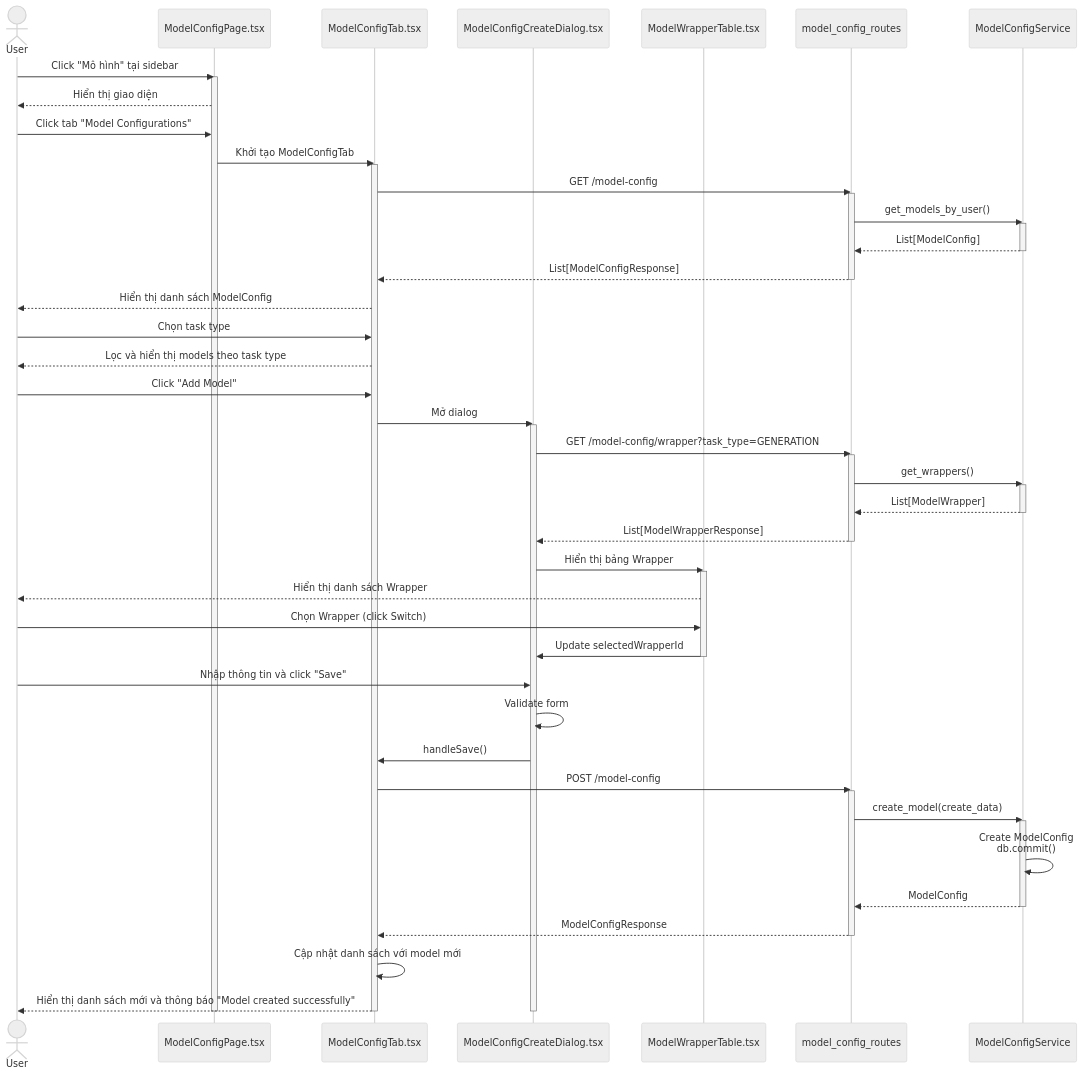
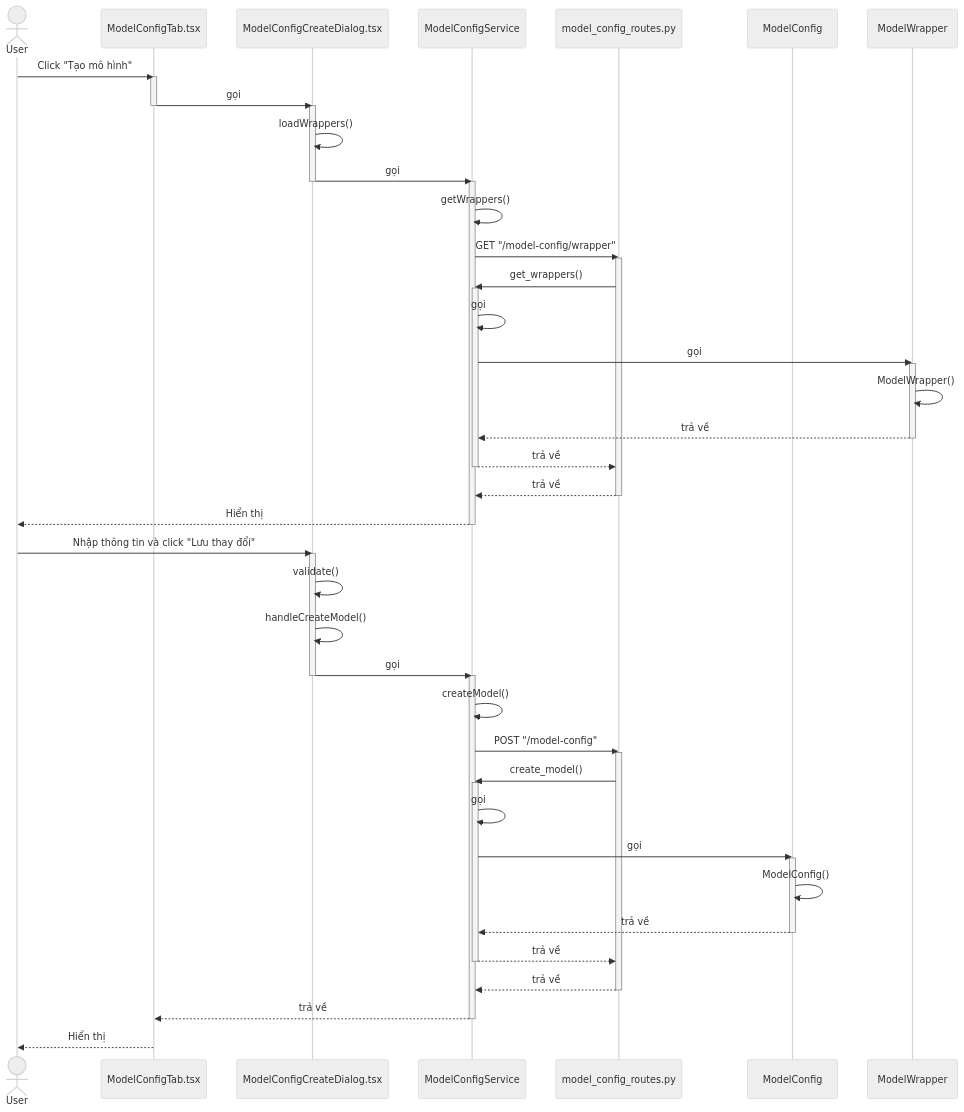
The second of 9 diagrams in model_config/4_model_config_seq.md (mduc-2610/gp_doc), drawn with Mermaid (neutral theme) before and after one commit. The commit also changed other lines of this file and 34 other files, not shown here.

````diff
--- a/model_config/4_model_config_seq.md
+++ b/model_config/4_model_config_seq.md
@@ -43,76 +53,82 @@
 ```mermaid
 sequenceDiagram
     actor User
-    participant ModelConfigPage as ModelConfigPage.tsx
     participant ModelConfigTab as ModelConfigTab.tsx
     participant ModelConfigCreateDialog as ModelConfigCreateDialog.tsx
-    participant ModelWrapperTable as ModelWrapperTable.tsx
-    participant ModelConfigRoutes as model_config_routes
     participant ModelConfigService as ModelConfigService
+    participant ModelConfigRoutes as model_config_routes.py
+    participant ModelConfigService as ModelConfigService
+    participant ModelConfig as ModelConfig
+    participant ModelWrapper as ModelWrapper
 
-    User->>ModelConfigPage: Click "Mô hình" tại sidebar
-    activate ModelConfigPage
-    ModelConfigPage-->>User: Hiển thị giao diện
-    
-    User->>ModelConfigPage: Click tab "Model Configurations"
-    ModelConfigPage->>ModelConfigTab: Khởi tạo ModelConfigTab
+    User->>ModelConfigTab: Click "Tạo mô hình"
     activate ModelConfigTab
     
-    ModelConfigTab->>ModelConfigRoutes: GET /model-config
+    ModelConfigTab->>ModelConfigCreateDialog: gọi
+    deactivate ModelConfigTab
+    activate ModelConfigCreateDialog
+    
+    ModelConfigCreateDialog->>ModelConfigCreateDialog: loadWrappers()
+    ModelConfigCreateDialog->>ModelConfigService: gọi
+    deactivate ModelConfigCreateDialog
+    activate ModelConfigService
+    
+    ModelConfigService->>ModelConfigService: getWrappers()
+    ModelConfigService->>ModelConfigRoutes: GET "/model-config/wrapper"
     activate ModelConfigRoutes
-    ModelConfigRoutes->>ModelConfigService: get_models_by_user()
+    
+    ModelConfigRoutes->>ModelConfigService: get_wrappers()
     activate ModelConfigService
-    ModelConfigService-->>ModelConfigRoutes: List[ModelConfig]
+    
+    ModelConfigService->>ModelConfigService: gọi
+    ModelConfigService->>ModelWrapper: gọi
+    activate ModelWrapper
+    
+    ModelWrapper->>ModelWrapper: ModelWrapper()
+    ModelWrapper-->>ModelConfigService: trả về
+    deactivate ModelWrapper
+    
+    ModelConfigService-->>ModelConfigRoutes: trả về
     deactivate ModelConfigService
-    ModelConfigRoutes-->>ModelConfigTab: List[ModelConfigResponse]
+    
+    ModelConfigRoutes-->>ModelConfigService: trả về
     deactivate ModelConfigRoutes
     
-    ModelConfigTab-->>User: Hiển thị danh sách ModelConfig
+    ModelConfigService-->>User: Hiển thị
+    deactivate ModelConfigService
     
-    User->>ModelConfigTab: Chọn task type
-    ModelConfigTab-->>User: Lọc và hiển thị models theo task type
-    
-    User->>ModelConfigTab: Click "Add Model"
-    ModelConfigTab->>ModelConfigCreateDialog: Mở dialog
+    User->>ModelConfigCreateDialog: Nhập thông tin và click "Lưu thay đổi"
     activate ModelConfigCreateDialog
     
-    ModelConfigCreateDialog->>ModelConfigRoutes: GET /model-config/wrapper?task_type=GENERATION
+    ModelConfigCreateDialog->>ModelConfigCreateDialog: validate()
+    ModelConfigCreateDialog->>ModelConfigCreateDialog: handleCreateModel()
+    ModelConfigCreateDialog->>ModelConfigService: gọi
+    deactivate ModelConfigCreateDialog
+    activate ModelConfigService
+    
+    ModelConfigService->>ModelConfigService: createModel()
+    ModelConfigService->>ModelConfigRoutes: POST "/model-config"
     activate ModelConfigRoutes
-    ModelConfigRoutes->>ModelConfigService: get_wrappers()
+    
+    ModelConfigRoutes->>ModelConfigService: create_model()
     activate ModelConfigService
-    ModelConfigService-->>ModelConfigRoutes: List[ModelWrapper]
+    
+    ModelConfigService->>ModelConfigService: gọi
+    ModelConfigService->>ModelConfig: gọi
+    activate ModelConfig
+    
+    ModelConfig->>ModelConfig: ModelConfig()
+    ModelConfig-->>ModelConfigService: trả về
+    deactivate ModelConfig
+    
+    ModelConfigService-->>ModelConfigRoutes: trả về
     deactivate ModelConfigService
-    ModelConfigRoutes-->>ModelConfigCreateDialog: List[ModelWrapperResponse]
+    
+    ModelConfigRoutes-->>ModelConfigService: trả về
     deactivate ModelConfigRoutes
     
-    ModelConfigCreateDialog->>ModelWrapperTable: Hiển thị bảng Wrapper
-    activate ModelWrapperTable
-    ModelWrapperTable-->>User: Hiển thị danh sách Wrapper
+    ModelConfigService-->>ModelConfigTab: trả về
+    deactivate ModelConfigService
     
-    User->>ModelWrapperTable: Chọn Wrapper (click Switch)
-    ModelWrapperTable->>ModelConfigCreateDialog: Update selectedWrapperId
-    deactivate ModelWrapperTable
-    
-    User->>ModelConfigCreateDialog: Nhập thông tin và click "Save"
-    ModelConfigCreateDialog->>ModelConfigCreateDialog: Validate form
-    ModelConfigCreateDialog->>ModelConfigTab: handleSave()
-    
-    ModelConfigTab->>ModelConfigRoutes: POST /model-config
-    activate ModelConfigRoutes
-    ModelConfigRoutes->>ModelConfigService: create_model(create_data)
-    activate ModelConfigService
-    
-    ModelConfigService->>ModelConfigService: Create ModelConfig<br/>db.commit()
-    
-    ModelConfigService-->>ModelConfigRoutes: ModelConfig
-    deactivate ModelConfigService
-    ModelConfigRoutes-->>ModelConfigTab: ModelConfigResponse
-    deactivate ModelConfigRoutes
-    
-    ModelConfigTab->>ModelConfigTab: Cập nhật danh sách với model mới
-    ModelConfigTab-->>User: Hiển thị danh sách mới và thông báo "Model created successfully"
-    
-    deactivate ModelConfigCreateDialog
-    deactivate ModelConfigTab
-    deactivate ModelConfigPage
+    ModelConfigTab-->>User: Hiển thị
 ```
````
